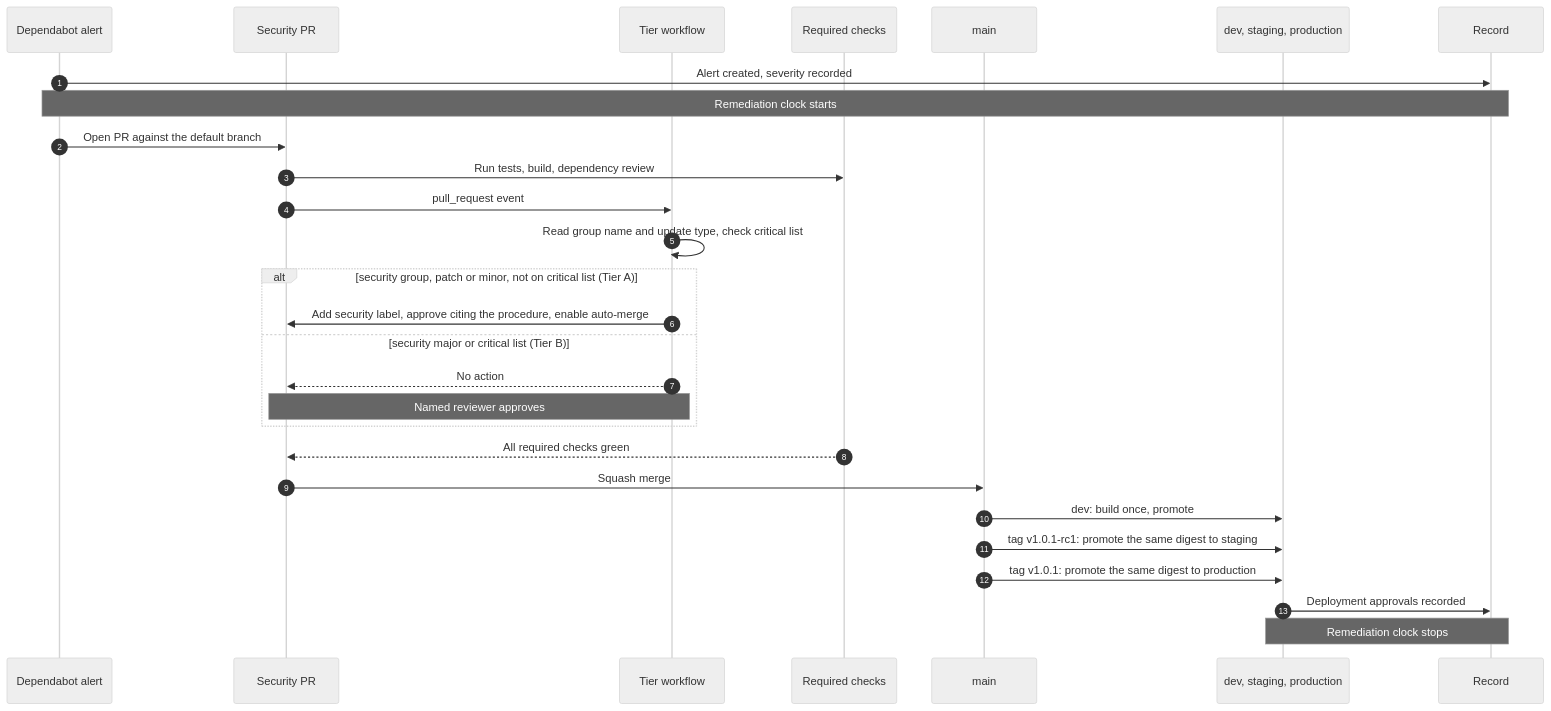
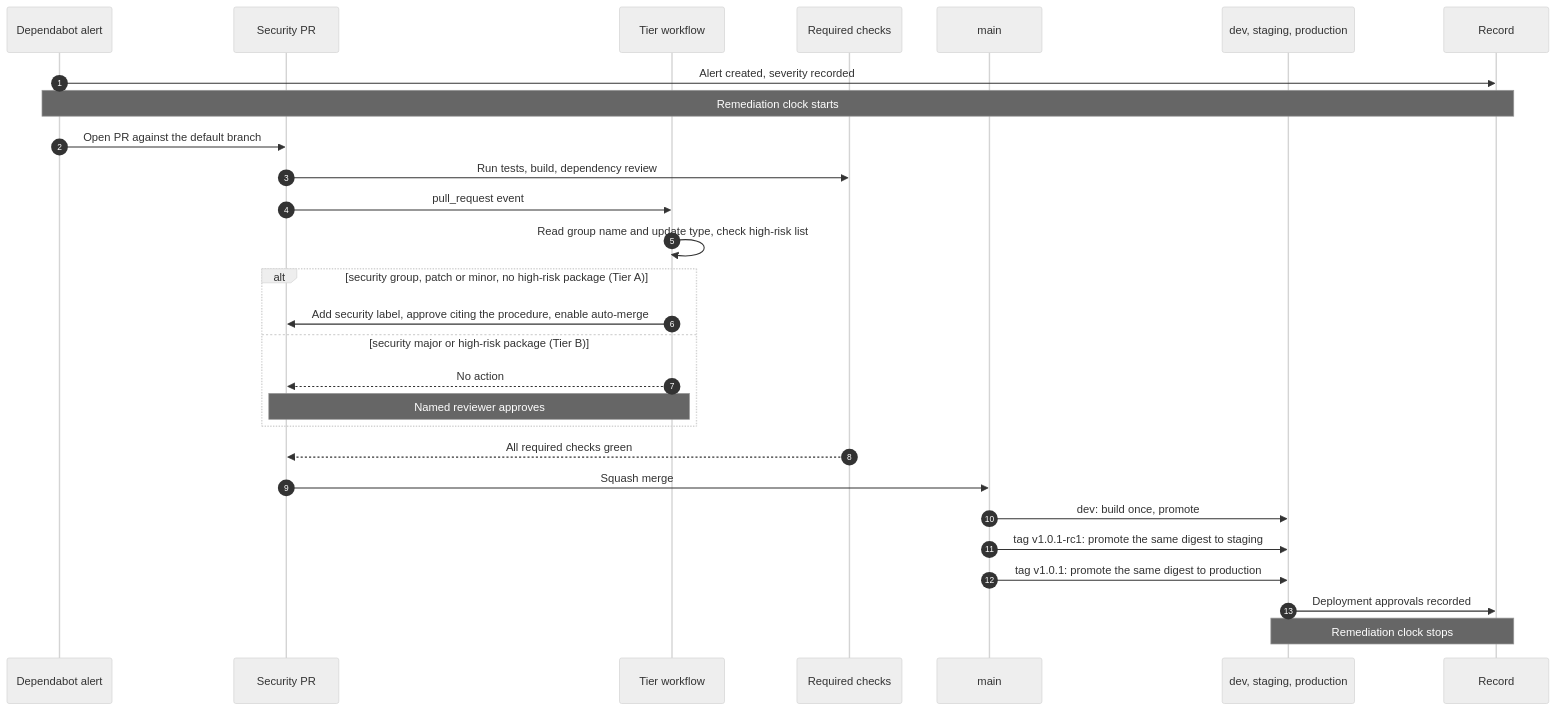
One commit to Ryan-Small/delivery-playbook changed the second of 3 diagrams in docs/branch-model.md. Above: the diagram before and after it, drawn with Mermaid (neutral theme). The commit also changed other lines of this file and 5 other files, not shown here.

First line of the commit message:
Rename the critical list to the high-risk list

````diff
--- a/docs/branch-model.md
+++ b/docs/branch-model.md
@@ -72,31 +72,31 @@
 ```mermaid
 sequenceDiagram
     autonumber
     participant AL as Dependabot alert
     participant PR as Security PR
     participant WF as Tier workflow
     participant CI as Required checks
     participant M as main
     participant ENV as dev, staging, production
     participant REC as Record
 
     AL->>REC: Alert created, severity recorded
     Note over AL,REC: Remediation clock starts
     AL->>PR: Open PR against the default branch
     PR->>CI: Run tests, build, dependency review
     PR->>WF: pull_request event
-    WF->>WF: Read group name and update type, check critical list
-    alt security group, patch or minor, not on critical list (Tier A)
+    WF->>WF: Read group name and update type, check high-risk list
+    alt security group, patch or minor, no high-risk package (Tier A)
         WF->>PR: Add security label, approve citing the procedure, enable auto-merge
-    else security major or critical list (Tier B)
+    else security major or high-risk package (Tier B)
         WF-->>PR: No action
         Note over PR,WF: Named reviewer approves
     end
     CI-->>PR: All required checks green
     PR->>M: Squash merge
     M->>ENV: dev: build once, promote
     M->>ENV: tag v1.0.1-rc1: promote the same digest to staging
     M->>ENV: tag v1.0.1: promote the same digest to production
     ENV->>REC: Deployment approvals recorded
     Note over ENV,REC: Remediation clock stops
 ```
````
